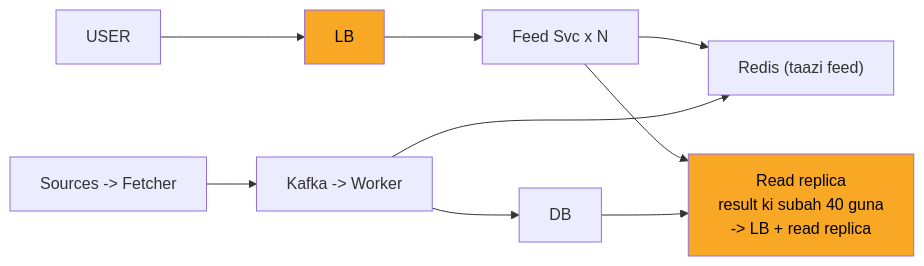
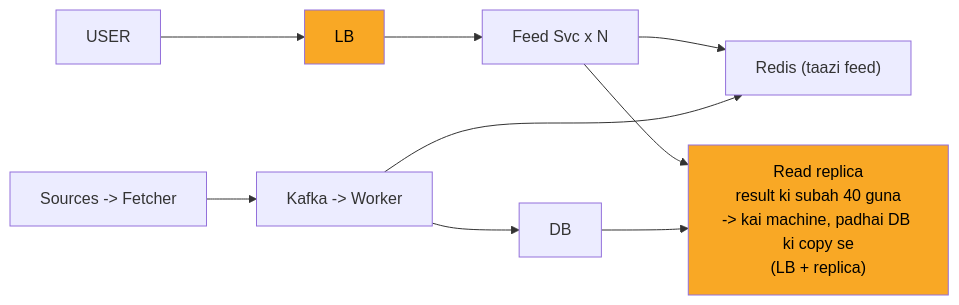
Before and after one commit to ArpanMaheshwari144/Prep: the fourth of 11 diagrams in 04_HLD/SYSTEM_DESIGNS/08_news_aggregator/08_news_aggregator_INTERVIEW.md, drawn with Mermaid. The commit also changed other lines of this file and 13 other files, not shown here.

````diff
--- a/04_HLD/SYSTEM_DESIGNS/08_news_aggregator/08_news_aggregator_INTERVIEW.md
+++ b/04_HLD/SYSTEM_DESIGNS/08_news_aggregator/08_news_aggregator_INTERVIEW.md
@@ -145,21 +145,21 @@
 ```mermaid
 flowchart LR
     n_USER["USER"]
     n_LB["LB"]
     n_Feed_Svc_xN["Feed Svc x N"]
     n_Redis["Redis (taazi feed)"]
-    n_Read_replica["Read replica<br/>result ki subah 40 guna<br/>-> LB + read replica"]
+    n_Read_replica["Read replica<br/>result ki subah 40 guna<br/>-> kai machine, padhai DB ki copy se<br/>(LB + replica)"]
     n_DB["DB"]
     n_KW["Kafka -> Worker"]
     n_SF["Sources -> Fetcher"]
     n_USER --> n_LB
     n_LB --> n_Feed_Svc_xN
     n_Feed_Svc_xN --> n_Redis
     n_Feed_Svc_xN --> n_Read_replica
     n_DB --> n_Read_replica
     n_KW --> n_DB
     n_KW --> n_Redis
     n_SF --> n_KW
     style n_LB fill:#f9a825,color:#000
     style n_Read_replica fill:#f9a825,color:#000
 ```
````
